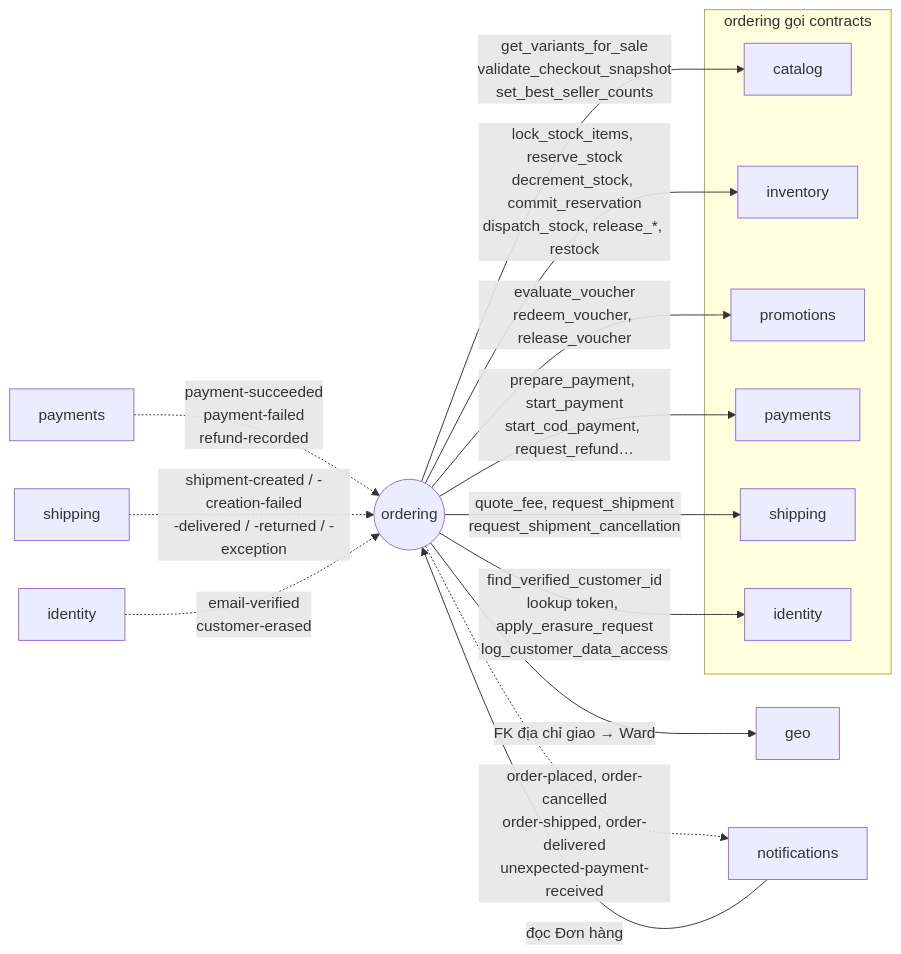
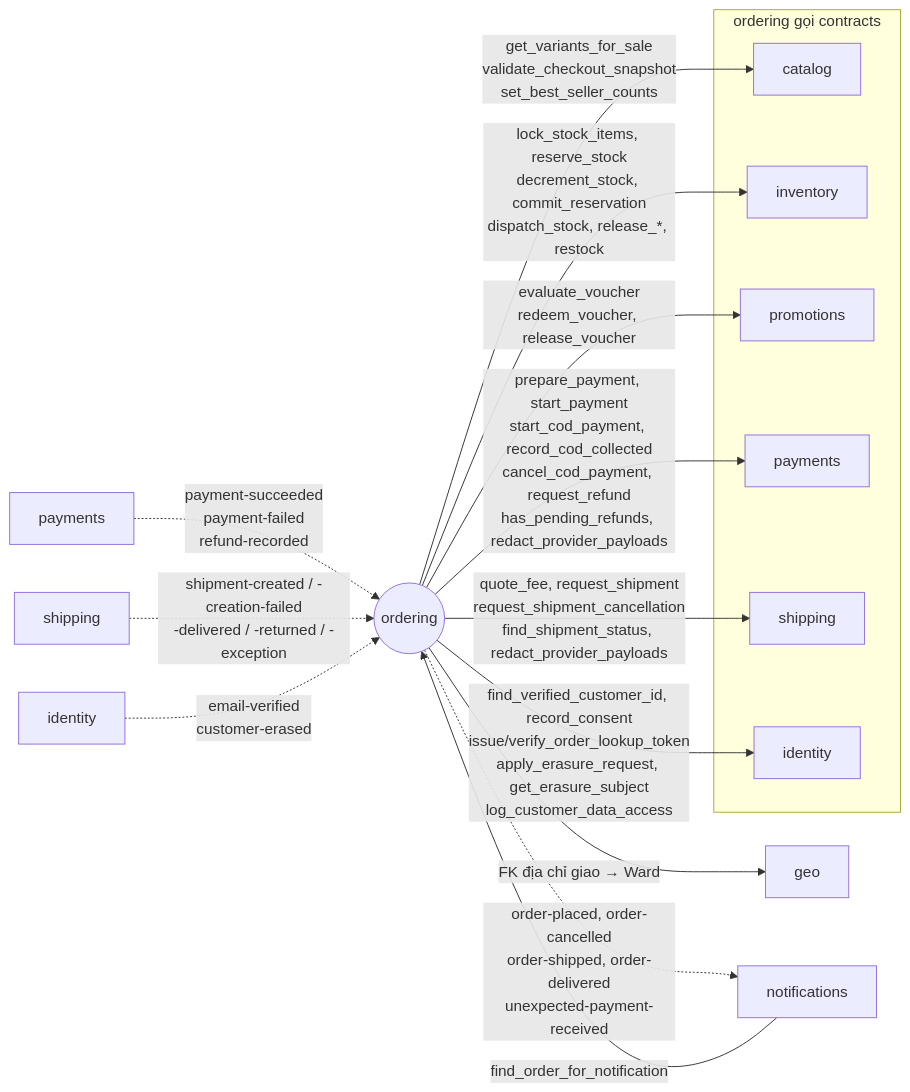
One commit to LuongCongThanh/fashion-store-backend changed the diagram in docs/architecture/modules/ordering.md. Above: the diagram before and after it, drawn with Mermaid. The commit also changed other lines of this file and 16 other files, not shown here.

````diff
--- a/docs/architecture/modules/ordering.md
+++ b/docs/architecture/modules/ordering.md
@@ -55,28 +57,28 @@
 ```mermaid
 graph LR
     subgraph calls["ordering gọi contracts"]
         catalog
         inventory
         promotions
         payments_c[payments]
         shipping_c[shipping]
         identity_c[identity]
     end
 
     ordering((ordering))
 
     ordering -->|"get_variants_for_sale<br/>validate_checkout_snapshot<br/>set_best_seller_counts"| catalog
     ordering -->|"lock_stock_items, reserve_stock<br/>decrement_stock, commit_reservation<br/>dispatch_stock, release_*, restock"| inventory
     ordering -->|"evaluate_voucher<br/>redeem_voucher, release_voucher"| promotions
-    ordering -->|"prepare_payment, start_payment<br/>start_cod_payment, request_refund…"| payments_c
-    ordering -->|"quote_fee, request_shipment<br/>request_shipment_cancellation"| shipping_c
-    ordering -->|"find_verified_customer_id<br/>lookup token, apply_erasure_request<br/>log_customer_data_access"| identity_c
+    ordering -->|"prepare_payment, start_payment<br/>start_cod_payment, record_cod_collected<br/>cancel_cod_payment, request_refund<br/>has_pending_refunds, redact_provider_payloads"| payments_c
+    ordering -->|"quote_fee, request_shipment<br/>request_shipment_cancellation<br/>find_shipment_status, redact_provider_payloads"| shipping_c
+    ordering -->|"find_verified_customer_id, record_consent<br/>issue/verify_order_lookup_token<br/>apply_erasure_request, get_erasure_subject<br/>log_customer_data_access"| identity_c
 
     payments_e[payments] -.->|"payment-succeeded<br/>payment-failed<br/>refund-recorded"| ordering
     shipping_e[shipping] -.->|"shipment-created / -creation-failed<br/>-delivered / -returned / -exception"| ordering
     identity_e[identity] -.->|"email-verified<br/>customer-erased"| ordering
     ordering -->|"FK địa chỉ giao → Ward"| geo
 
     ordering -.->|"order-placed, order-cancelled<br/>order-shipped, order-delivered<br/>unexpected-payment-received"| notifications
-    notifications -->|"đọc Đơn hàng"| ordering
+    notifications -->|"find_order_for_notification"| ordering
 ```
````
